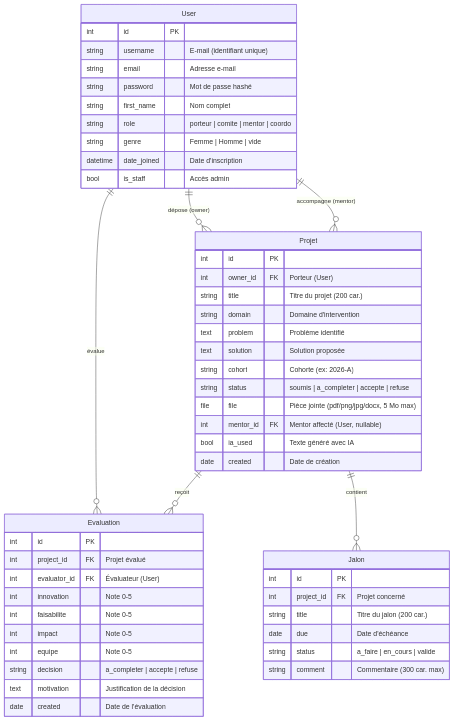
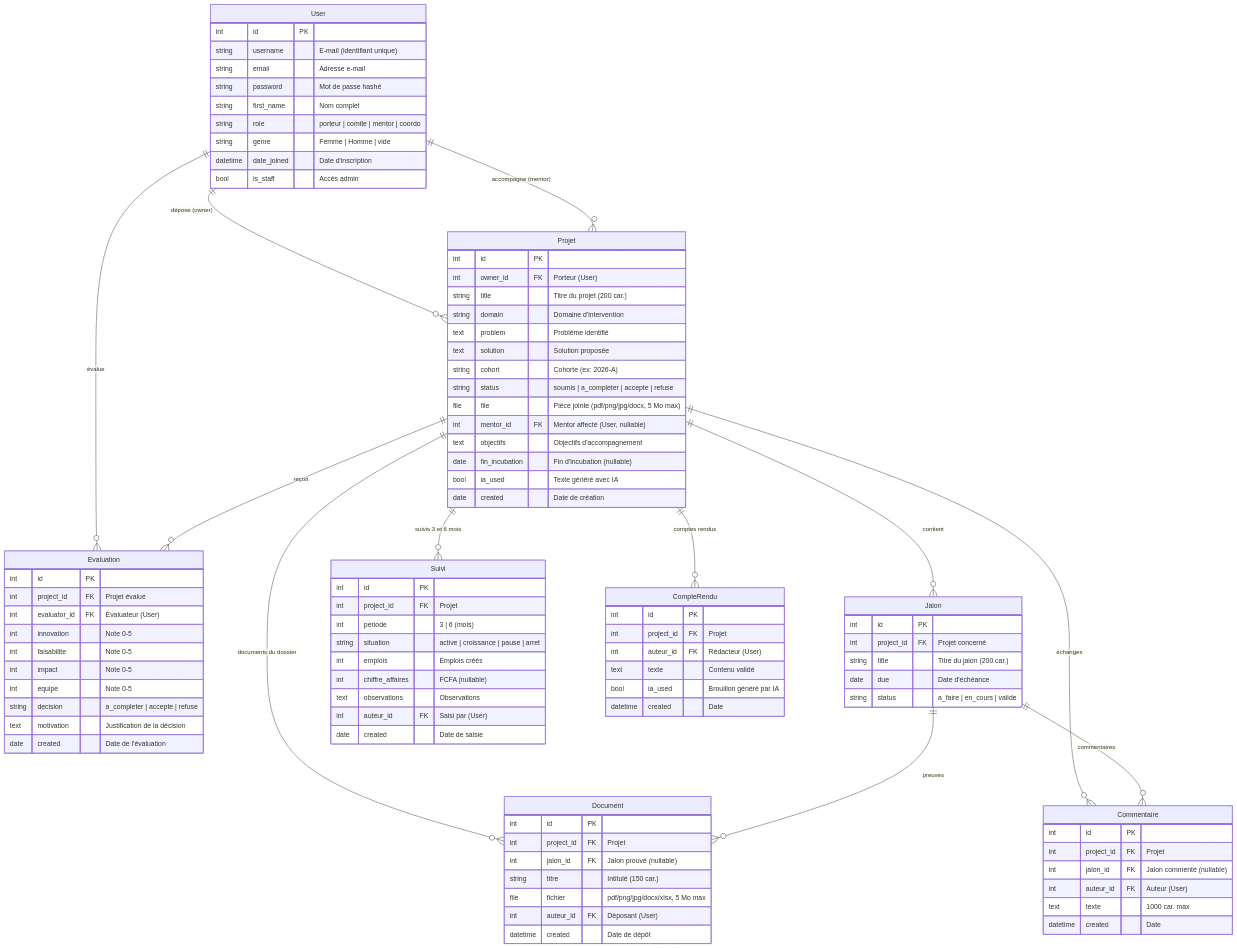
Before and after one commit to ndkhady49-cpu/ciat-incubateur: the diagram in docs/schema_base_de_donnees.md, drawn with Mermaid. The commit also changed other lines of this file and 16 other files, not shown here.

First line of the commit message:
Suivi complet de l'incubation et correction du tableau de bord

````diff
--- a/docs/schema_base_de_donnees.md
+++ b/docs/schema_base_de_donnees.md
@@ -9,6 +9,12 @@
     User ||--o{ Evaluation : "évalue"
     Projet ||--o{ Evaluation : "reçoit"
     Projet ||--o{ Jalon : "contient"
+    Projet ||--o{ Document : "documents du dossier"
+    Jalon ||--o{ Document : "preuves"
+    Projet ||--o{ Commentaire : "échanges"
+    Jalon ||--o{ Commentaire : "commentaires"
+    Projet ||--o{ Suivi : "suivis 3 et 6 mois"
+    Projet ||--o{ CompteRendu : "comptes rendus"
 
     User {
         int id PK
@@ -33,6 +39,8 @@
         string status "soumis | a_completer | accepte | refuse"
         file file "Pièce jointe (pdf/png/jpg/docx, 5 Mo max)"
         int mentor_id FK "Mentor affecté (User, nullable)"
+        text objectifs "Objectifs d'accompagnement"
+        date fin_incubation "Fin d'incubation (nullable)"
         bool ia_used "Texte généré avec IA"
         date created "Date de création"
     }
@@ -56,6 +64,45 @@
         string title "Titre du jalon (200 car.)"
         date due "Date d'échéance"
         string status "a_faire | en_cours | valide"
-        string comment "Commentaire (300 car. max)"
+    }
+
+    Document {
+        int id PK
+        int project_id FK "Projet"
+        int jalon_id FK "Jalon prouvé (nullable)"
+        string titre "Intitulé (150 car.)"
+        file fichier "pdf/png/jpg/docx/xlsx, 5 Mo max"
+        int auteur_id FK "Déposant (User)"
+        datetime created "Date de dépôt"
+    }
+
+    Commentaire {
+        int id PK
+        int project_id FK "Projet"
+        int jalon_id FK "Jalon commenté (nullable)"
+        int auteur_id FK "Auteur (User)"
+        text texte "1000 car. max"
+        datetime created "Date"
+    }
+
+    Suivi {
+        int id PK
+        int project_id FK "Projet"
+        int periode "3 | 6 (mois)"
+        string situation "active | croissance | pause | arret"
+        int emplois "Emplois créés"
+        int chiffre_affaires "FCFA (nullable)"
+        text observations "Observations"
+        int auteur_id FK "Saisi par (User)"
+        date created "Date de saisie"
+    }
+
+    CompteRendu {
+        int id PK
+        int project_id FK "Projet"
+        int auteur_id FK "Rédacteur (User)"
+        text texte "Contenu validé"
+        bool ia_used "Brouillon généré par IA"
+        datetime created "Date"
     }
 ```
````
